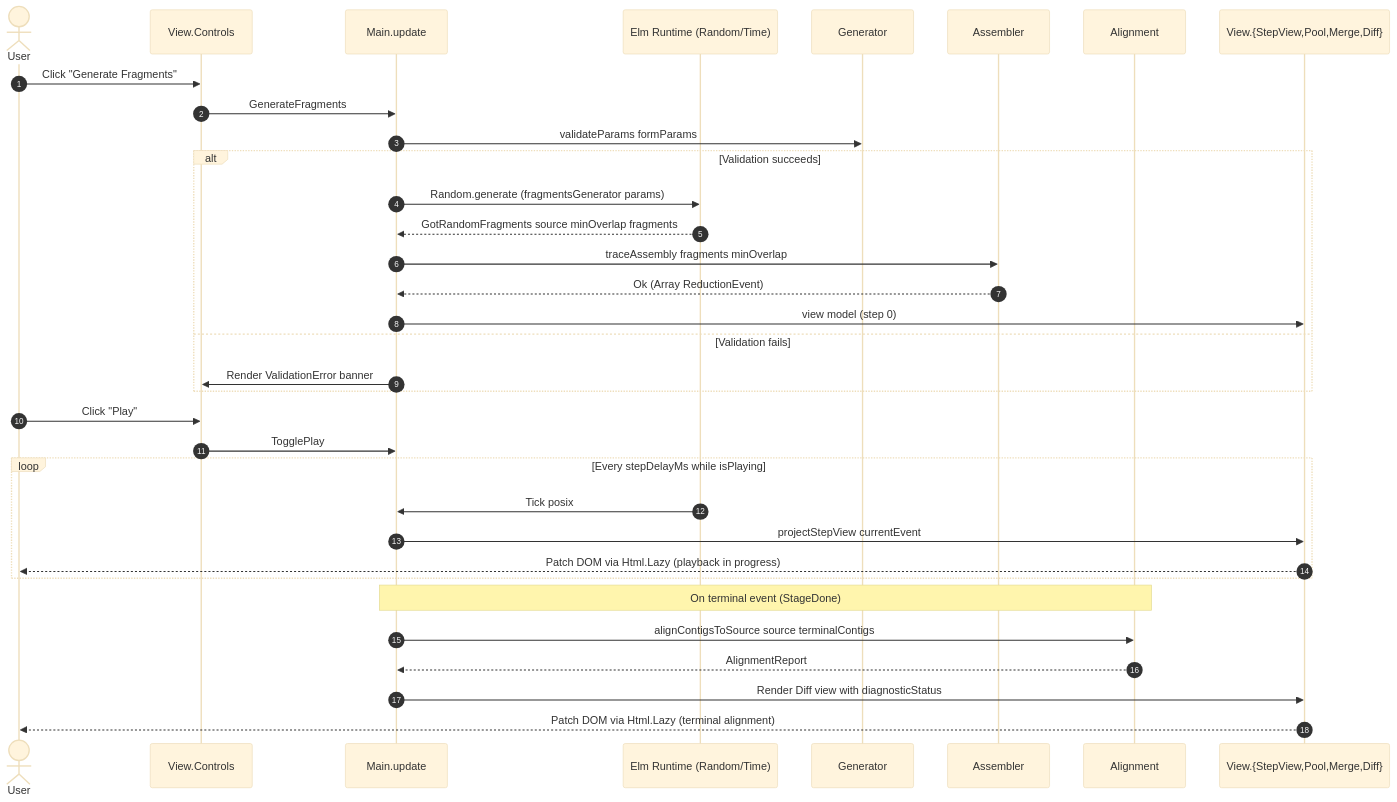
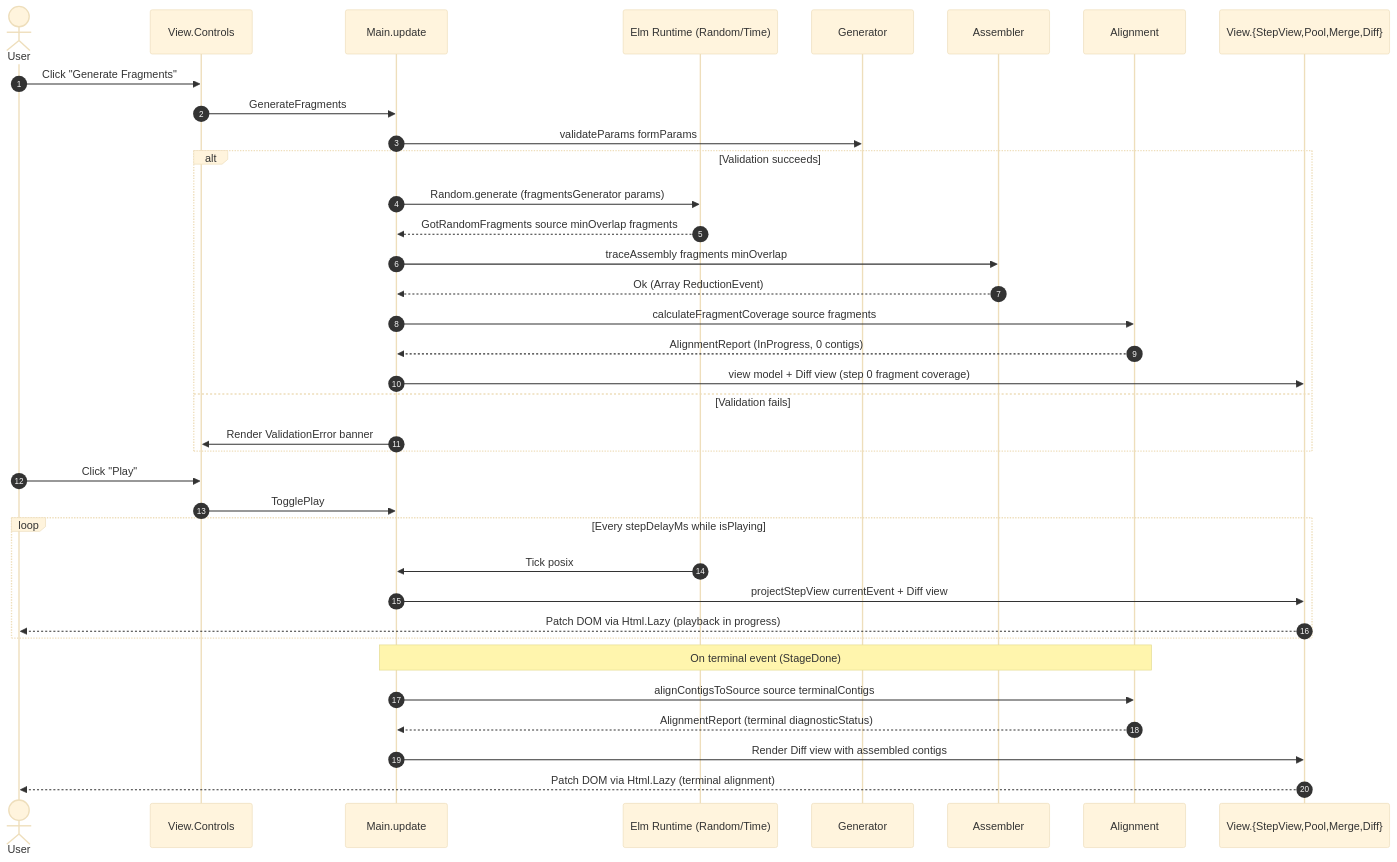
One commit to frankhjung/elm-reconstruct-strings changed the third of 3 diagrams in docs/REQ-001-interactive-olc-assembler.md. Above: the diagram before and after it, drawn with Mermaid (base theme). The commit also changed other lines of this file and 9 other files, not shown here.

First line of the commit message:
refactor: update alignment logic and enhance coverage calculation

````diff
--- a/docs/REQ-001-interactive-olc-assembler.md
+++ b/docs/REQ-001-interactive-olc-assembler.md
@@ -286,38 +296,40 @@
 ```mermaid
 sequenceDiagram
     autonumber
     actor User
     participant Controls as View.Controls
     participant Main as Main.update
     participant Random as Elm Runtime (Random/Time)
     participant Gen as Generator
     participant Asm as Assembler
     participant Align as Alignment
     participant Views as View.{StepView,Pool,Merge,Diff}
 
     User->>Controls: Click "Generate Fragments"
     Controls->>Main: GenerateFragments
     Main->>Gen: validateParams formParams
     alt Validation succeeds
         Main->>Random: Random.generate (fragmentsGenerator params)
         Random-->>Main: GotRandomFragments source minOverlap fragments
         Main->>Asm: traceAssembly fragments minOverlap
         Asm-->>Main: Ok (Array ReductionEvent)
-        Main->>Views: view model (step 0)
+        Main->>Align: calculateFragmentCoverage source fragments
+        Align-->>Main: AlignmentReport (InProgress, 0 contigs)
+        Main->>Views: view model + Diff view (step 0 fragment coverage)
     else Validation fails
         Main->>Controls: Render ValidationError banner
     end
 
     User->>Controls: Click "Play"
     Controls->>Main: TogglePlay
     loop Every stepDelayMs while isPlaying
         Random->>Main: Tick posix
-        Main->>Views: projectStepView currentEvent
+        Main->>Views: projectStepView currentEvent + Diff view
         Views-->>User: Patch DOM via Html.Lazy (playback in progress)
     end
     Note over Main,Align: On terminal event (StageDone)
     Main->>Align: alignContigsToSource source terminalContigs
-    Align-->>Main: AlignmentReport
-    Main->>Views: Render Diff view with diagnosticStatus
+    Align-->>Main: AlignmentReport (terminal diagnosticStatus)
+    Main->>Views: Render Diff view with assembled contigs
     Views-->>User: Patch DOM via Html.Lazy (terminal alignment)
 ```
````
